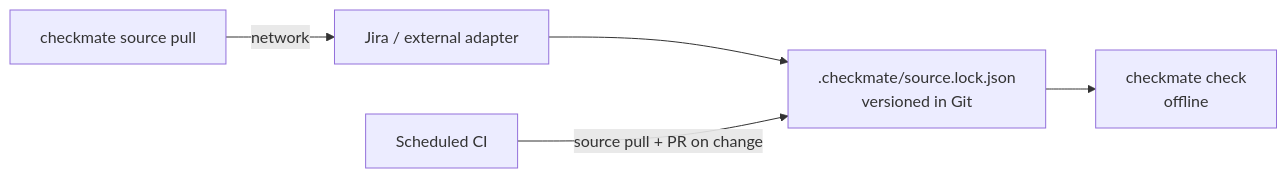
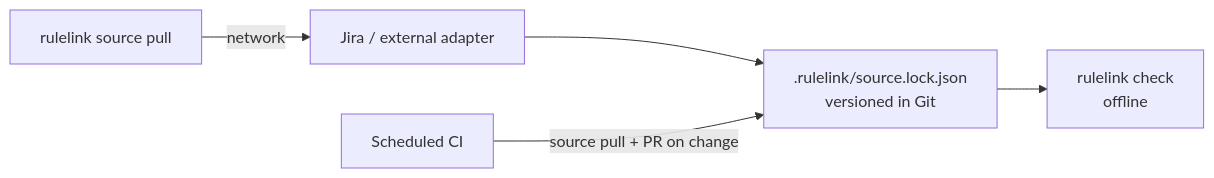
One commit to E-Jacques/Rulelink changed the sixth of 7 diagrams in docs/architecture/02-sources-of-truth.md. Above: the diagram before and after it, drawn with Mermaid. The commit also changed other lines of this file and 126 other files, not shown here.

First line of the commit message:
chore: rename the project from Checkmate to Rulelink (#6)

````diff
--- a/docs/architecture/02-sources-of-truth.md
+++ b/docs/architecture/02-sources-of-truth.md
@@ -349,7 +349,7 @@
 ```mermaid
 flowchart LR
-    pull["checkmate source pull"] -->|"network"| remote["Jira / external adapter"]
-    remote --> lock[".checkmate/source.lock.json<br/>versioned in Git"]
-    lock --> check["checkmate check<br/>offline"]
+    pull["rulelink source pull"] -->|"network"| remote["Jira / external adapter"]
+    remote --> lock[".rulelink/source.lock.json<br/>versioned in Git"]
+    lock --> check["rulelink check<br/>offline"]
     ci["Scheduled CI"] -->|"source pull + PR on change"| lock
 ```
````
